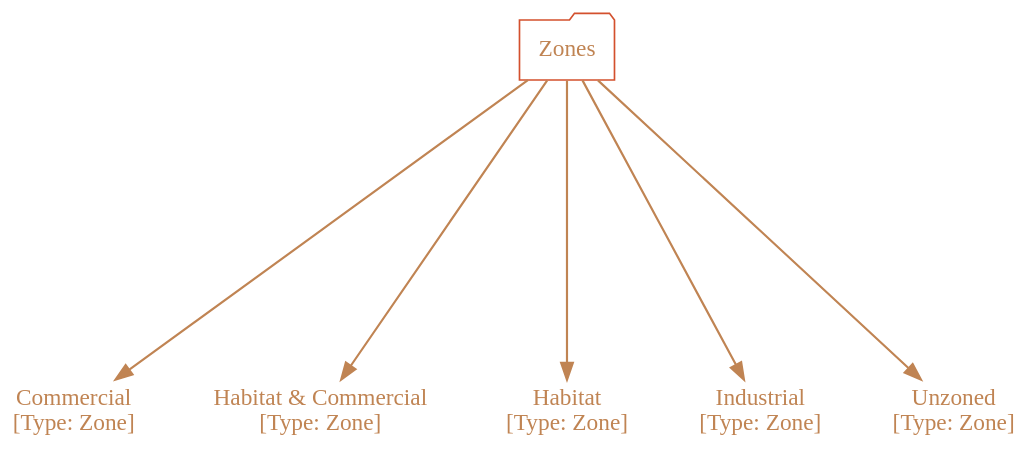
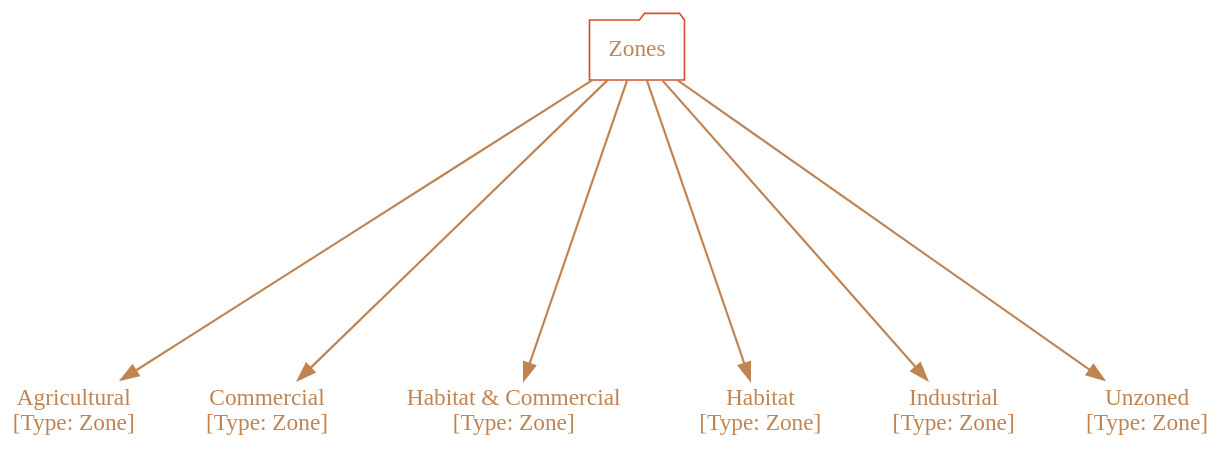
The diagram in Handbook/Game_Mechanics/Graphviz/Simulation_Zones.dot.gv (cartesiantheatre/handbook), drawn with Graphviz before and after one commit. The commit also changed 8 other files, not shown here.

```diff
--- a/Handbook/Game_Mechanics/Graphviz/Simulation_Zones.dot.gv
+++ b/Handbook/Game_Mechanics/Graphviz/Simulation_Zones.dot.gv
@@ -1,49 +1,51 @@
 /*
   This is part of the Avaneya Project Crew Handbook.
   Copyright (C) 2010, 2011, 2012
     Cartesian Theatre.
   See the file License for copying conditions.
   
   To manually compile:
       $ sudo aptitude install graphviz
       $ twopi -Tpdf Simulation_Zones.twopi.gv -o Simulation_Zones.pdf
 */
 
 digraph Simulation_Zones
 {
     // Graph attributes...
 	bgcolor="transparent";
 	margin="0";
 	ratio="auto";
     ranksep="2.5";
     pad="0.5,0.5";
     compound="true";
     overlap="vpsc";
     root="Zones";
 
 	// Node attributes...
 	node[color="#d3502dff"];
 	node[fillcolor="gray10"];
     node[fontcolor="#c08453ff"];
     node[fontname="Ubuntu"];
     node[shape="none"]
 	
 	// Edge attributes...
 	edge[color="#c08453ff"];
 	edge[penwidth="1.3"];
 
     // Zones...
+    "Agricultural"[label="Agricultural\n[Type: Zone]"];
     "Commercial"[label="Commercial\n[Type: Zone]"];
     "Habitat & Commercial"[label="Habitat & Commercial\n[Type: Zone]"]
     "Habitat"[label="Habitat\n[Type: Zone]"];
     "Industrial"[label="Industrial\n[Type: Zone]"];
     "Unzoned"[label="Unzoned\n[Type: Zone]"];    
 
     // Relations...
     "Zones"[shape="folder"];
+        "Zones" -> "Agricultural";
         "Zones" -> "Commercial";
         "Zones" -> "Habitat";
         "Zones" -> "Habitat & Commercial";
         "Zones" -> "Industrial";
         "Zones" -> "Unzoned";
 }
```
